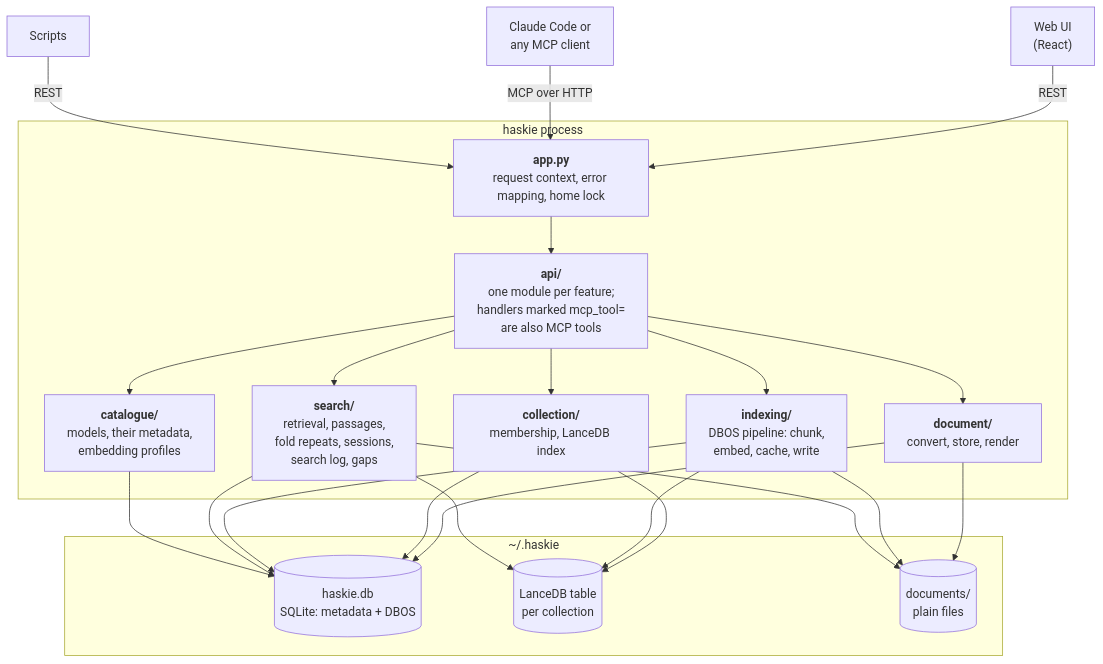
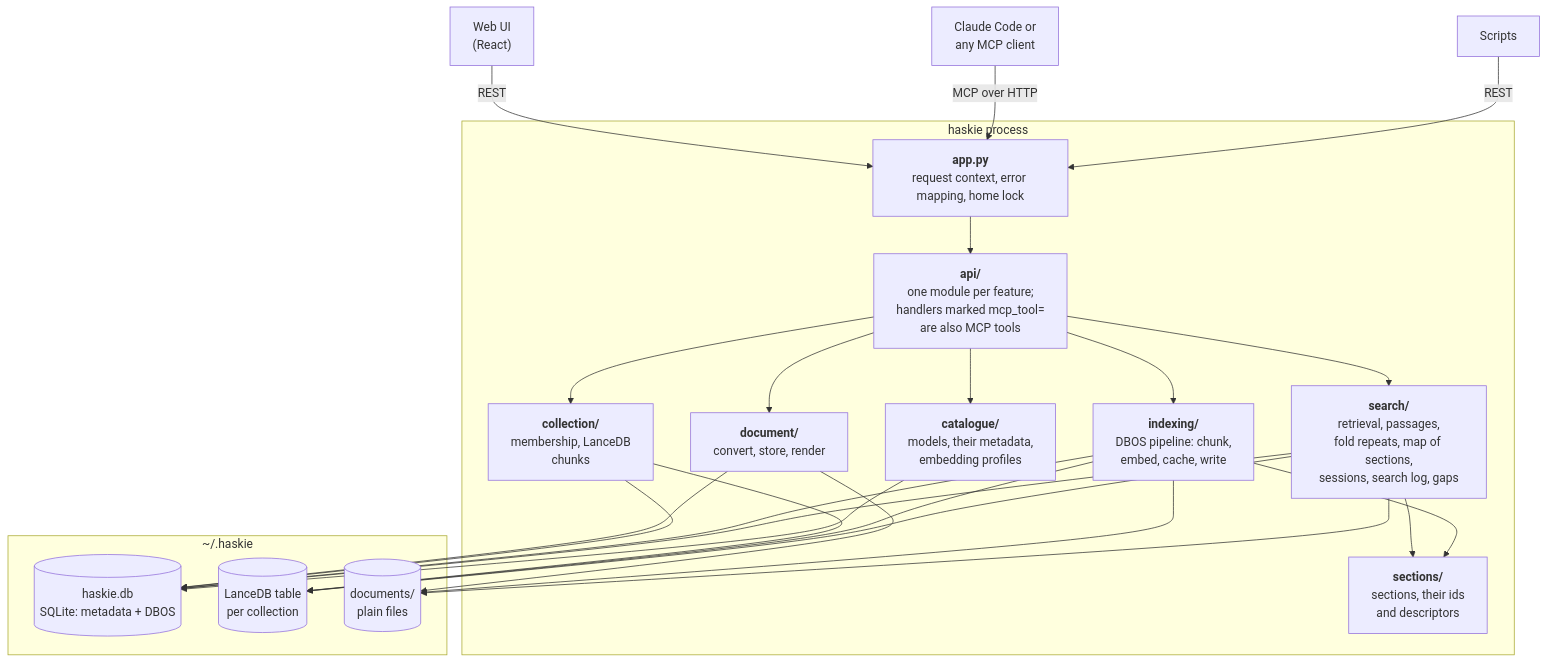
One commit to haskian/haskie changed the first of 2 diagrams in docs/architecture.md. Above: the diagram before and after it, drawn with Mermaid. The commit also changed 124 other files, not shown here.

Commit message:
feat!: map of sections and document outlines with keywords and vectors (#31)

````diff
--- a/docs/architecture.md
+++ b/docs/architecture.md
@@ -6,35 +6,37 @@
 ```mermaid
 flowchart TB
     ui["Web UI<br/>(React)"] -- REST --> app
     agent["Claude Code or<br/>any MCP client"] -- "MCP over HTTP" --> app
     scripts["Scripts"] -- REST --> app
 
     subgraph process["haskie process"]
         app["<b>app.py</b><br/>request context, error mapping, home lock"]
         api["<b>api/</b><br/>one module per feature;<br/>handlers marked mcp_tool=<br/>are also MCP tools"]
         app --> api
         api --> document["<b>document/</b><br/>convert, store, render"]
-        api --> collection["<b>collection/</b><br/>membership, LanceDB index"]
-        api --> search["<b>search/</b><br/>retrieval, passages,<br/>fold repeats, sessions,<br/>search log, gaps"]
+        api --> collection["<b>collection/</b><br/>membership, LanceDB<br/>chunks"]
+        api --> search["<b>search/</b><br/>retrieval, passages,<br/>fold repeats, map of sections,<br/>sessions, search log, gaps"]
+        search --> sections["<b>sections/</b><br/>sections, their ids<br/>and descriptors"]
         api --> indexing["<b>indexing/</b><br/>DBOS pipeline: chunk,<br/>embed, cache, write"]
+        indexing --> sections
         api --> catalogue["<b>catalogue/</b><br/>models, their metadata,<br/>embedding profiles"]
     end
 
     subgraph home["~/.haskie"]
         sqlite[("haskie.db<br/>SQLite: metadata + DBOS")]
         lance[("LanceDB table<br/>per collection")]
         files[("documents/<br/>plain files")]
     end
 
     document --> files
     document --> sqlite
     collection --> lance
     collection --> sqlite
     indexing --> sqlite
     indexing --> lance
     indexing --> files
     search --> lance
     search --> sqlite
     search --> files
     catalogue --> sqlite
 ```
````
